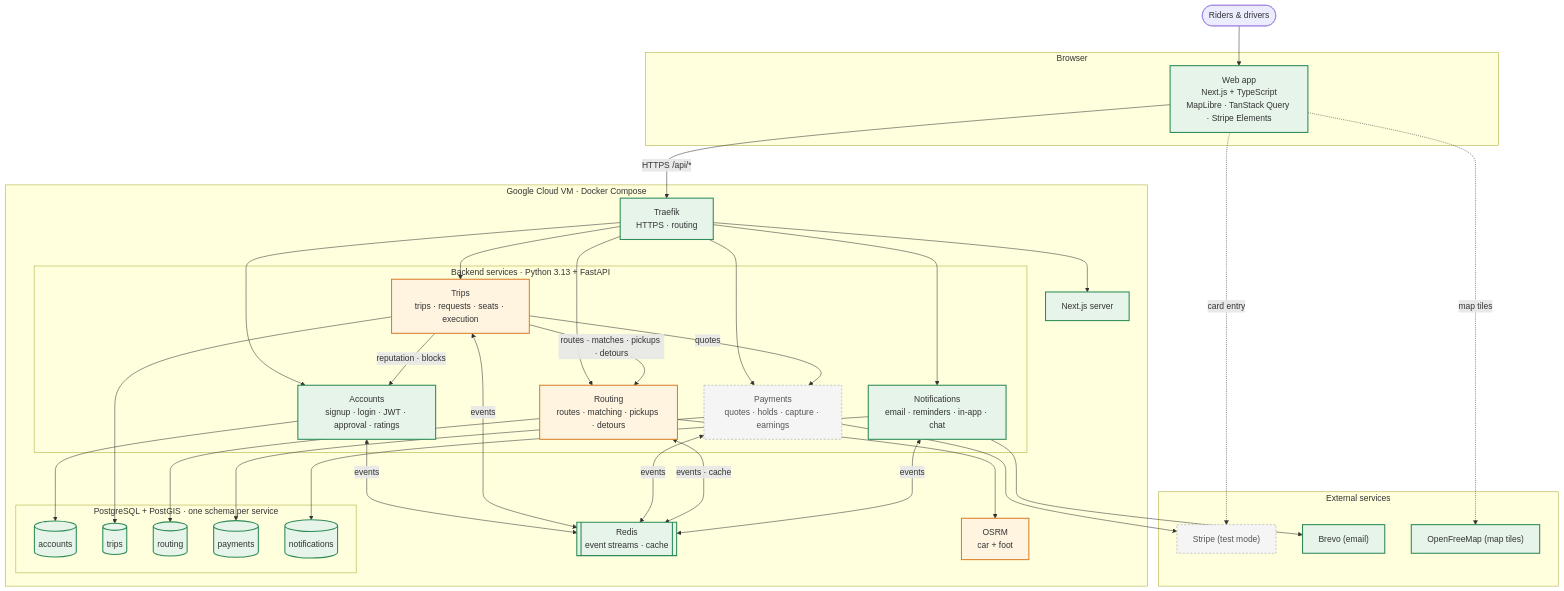
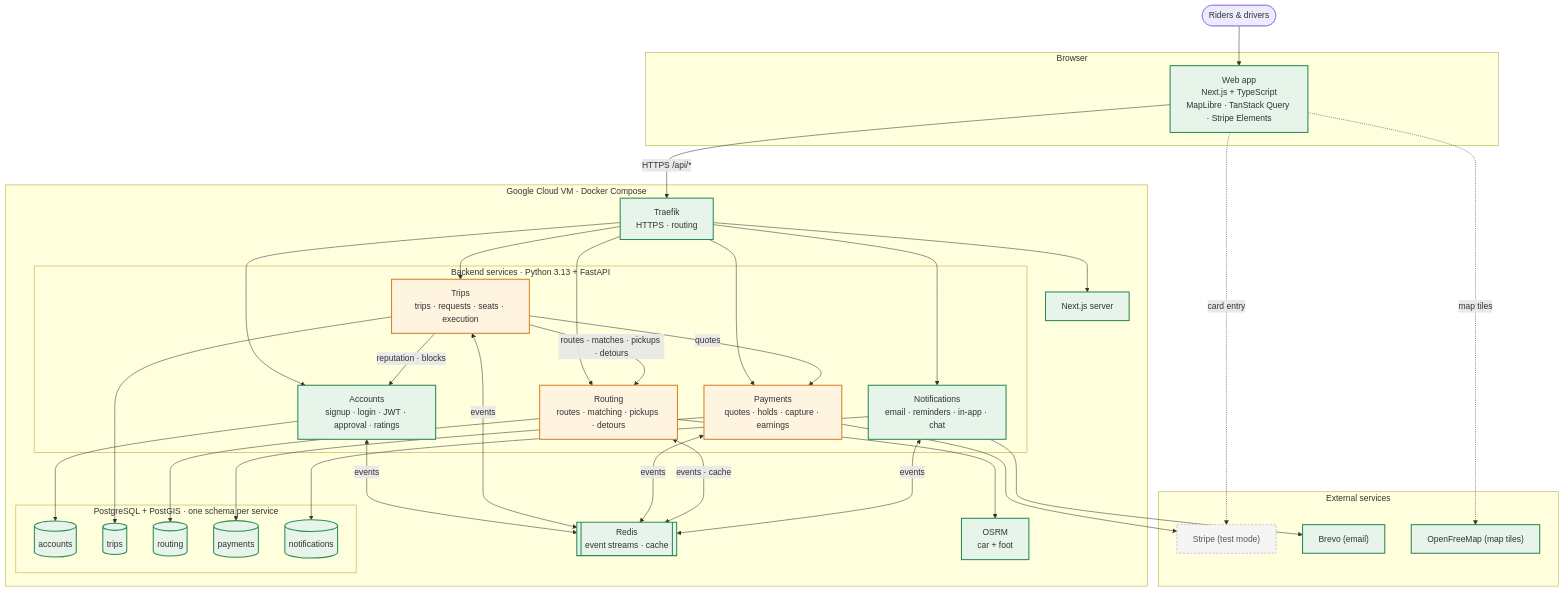
The first of 4 diagrams in docs/architecture/architecture.md (Andrew-Ih/COMP-4350-Group5-GetDrove), drawn with Mermaid before and after one commit. The commit also changed other lines of this file and 1 other file, not shown here.

First line of the commit message:
docs(architecture): bring the architecture up to date for the end of Sprint 1 (#116)

````diff
--- a/docs/architecture/architecture.md
+++ b/docs/architecture/architecture.md
@@ -9,71 +9,71 @@
 ```mermaid
 flowchart TB
     users(["Riders & drivers"]) --> web
 
     subgraph client["Browser"]
         web["Web app<br/>Next.js + TypeScript<br/>MapLibre · TanStack Query · Stripe Elements"]
     end
 
     subgraph vm["Google Cloud VM · Docker Compose"]
         traefik["Traefik<br/>HTTPS · routing"]
         next["Next.js server"]
 
         subgraph services["Backend services · Python 3.13 + FastAPI"]
             accounts["Accounts<br/>signup · login · JWT · approval · ratings"]
             trips["Trips<br/>trips · requests · seats · execution"]
             routing["Routing<br/>routes · matching · pickups · detours"]
             payments["Payments<br/>quotes · holds · capture · earnings"]
             notify["Notifications<br/>email · reminders · in-app · chat"]
         end
 
         subgraph data["PostgreSQL + PostGIS · one schema per service"]
             accountsDb[("accounts")]
             tripsDb[("trips")]
             routingDb[("routing")]
             payDb[("payments")]
             notifyDb[("notifications")]
         end
 
         redis[["Redis<br/>event streams · cache"]]
         osrm["OSRM<br/>car + foot"]
     end
 
     subgraph external["External services"]
         stripe["Stripe (test mode)"]
         brevo["Brevo (email)"]
         tiles["OpenFreeMap (map tiles)"]
     end
 
     web -->|"HTTPS /api/*"| traefik
     web -.->|map tiles| tiles
     web -.->|card entry| stripe
     traefik --> next
     traefik --> accounts & trips & routing & payments & notify
 
     trips -->|reputation · blocks| accounts
     trips -->|routes · matches · pickups · detours| routing
     trips -->|quotes| payments
     routing --> osrm
 
     accounts <-->|events| redis
     trips <-->|events| redis
     payments <-->|events| redis
     routing <-->|events · cache| redis
     notify <-->|events| redis
 
     accounts --> accountsDb
     trips --> tripsDb
     routing --> routingDb
     payments --> payDb
     notify --> notifyDb
 
     payments --> stripe
     notify --> brevo
 
     classDef built fill:#e6f4ea,stroke:#2e8b57,stroke-width:2px
     classDef partial fill:#fff4e0,stroke:#d9822b,stroke-width:2px
     classDef later fill:#f5f5f5,stroke:#9e9e9e,stroke-dasharray:4 3,color:#555
-    class web,traefik,next,accounts,notify,accountsDb,tripsDb,routingDb,payDb,notifyDb,redis,brevo,tiles built
-    class trips,routing,osrm partial
-    class payments,stripe later
+    class web,traefik,next,accounts,notify,accountsDb,tripsDb,routingDb,payDb,notifyDb,redis,osrm,brevo,tiles built
+    class trips,routing,payments partial
+    class stripe later
 ```
````
